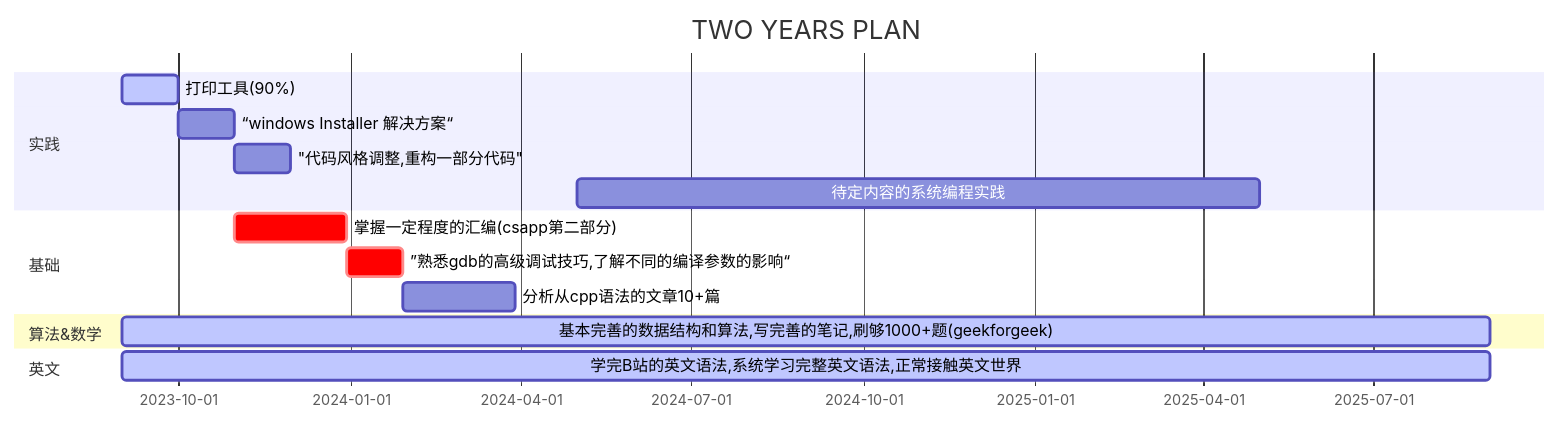
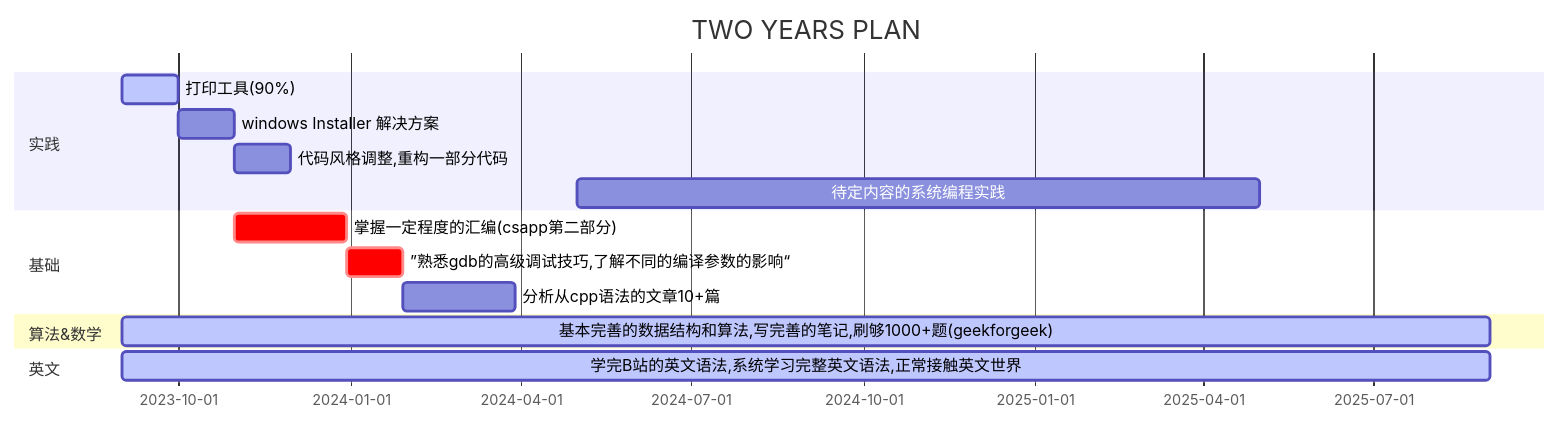
The diagram in index.md (zerlei/me), drawn with Mermaid before and after one commit. The commit also changed 4 other files, not shown here.

````diff
--- a/index.md
+++ b/index.md
@@ -31,23 +31,23 @@
 ```mermaid
 gantt
     title TWO YEARS PLAN
     dateFormat  YYYY-MM-DD
 
     section 实践
     打印工具(90%)            :active,exec1, 2023-09-01,30d
-    “windows Installer 解决方案“ :exec2, after exec1, 30d
-    "代码风格调整,重构一部分代码" :after exec2,30d
+    windows Installer 解决方案 :exec2, after exec1, 30d
+    代码风格调整,重构一部分代码 :after exec2,30d
     待定内容的系统编程实践 :2024-05-01,1y
 
     section 基础
     掌握一定程度的汇编(csapp第二部分)            :crit, base1,after exec2,60d
     ”熟悉gdb的高级调试技巧,了解不同的编译参数的影响“ :crit, base2,after base1, 30d
     分析从cpp语法的文章10+篇 :base3,after base2,60d
 
    section 算法&数学
     基本完善的数据结构和算法,写完善的笔记,刷够1000+题(geekforgeek):active,2023-09-01,2y
 
     section 英文
     学完B站的英文语法,系统学习完整英文语法,正常接触英文世界 :active,2023-09-01,2y
 
 ```
````
